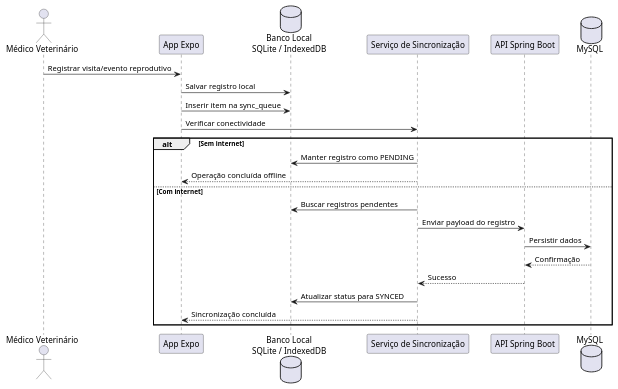
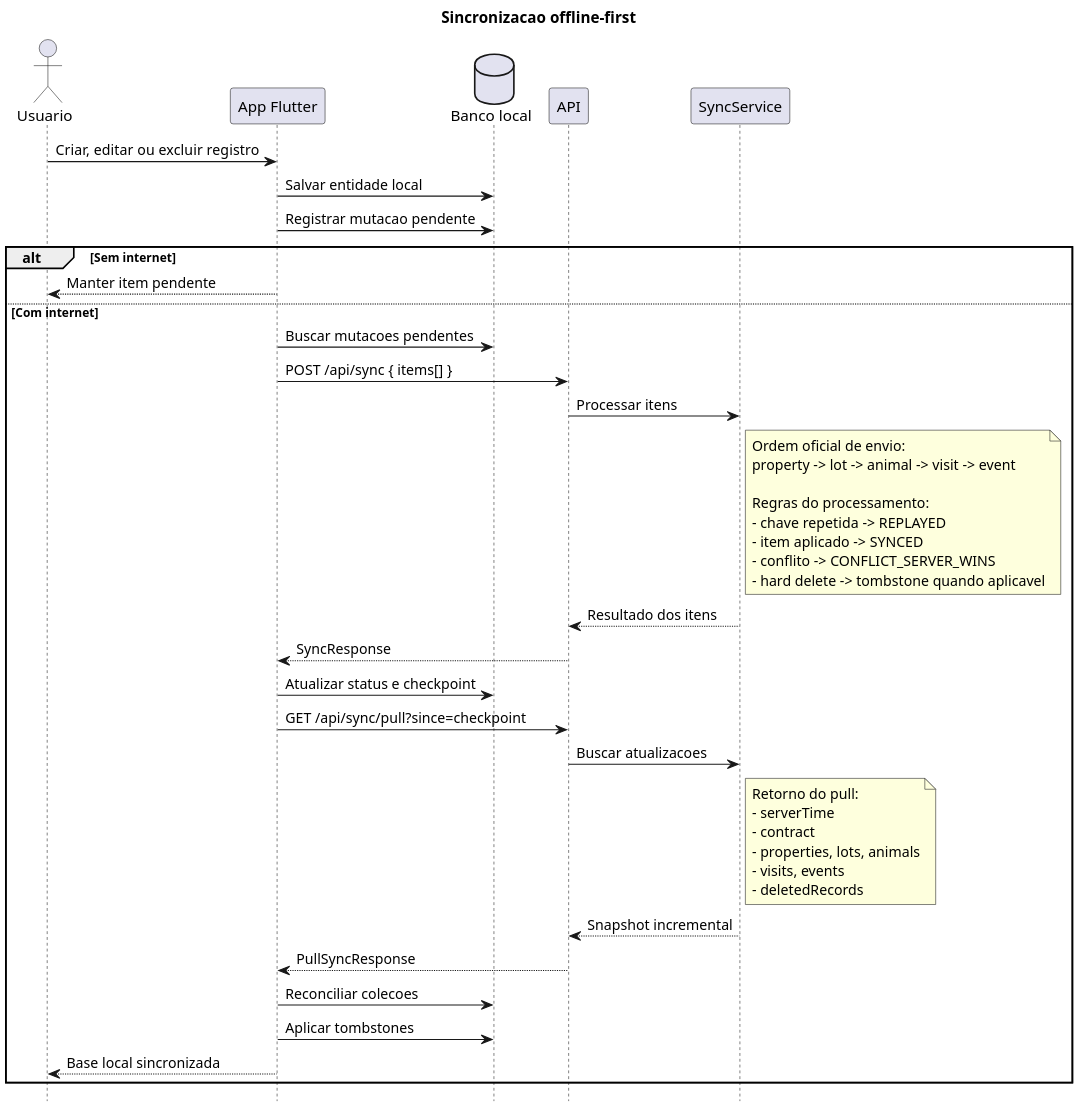
Before and after one commit to Nathalynas/cysvet_app: the diagram in sequencia-sync-offline.puml, drawn with PlantUML. The commit also changed 6 other files, not shown here.

```diff
--- a/sequencia-sync-offline.puml
+++ b/sequencia-sync-offline.puml
@@ -1,27 +1,58 @@
 @startuml
-actor "Médico Veterinário" as Vet
-participant "App Expo" as App
-database "Banco Local\nSQLite / IndexedDB" as LocalDB
-participant "Serviço de Sincronização" as Sync
-participant "API Spring Boot" as API
-database "MySQL" as MySQL
+title Sincronizacao offline-first
+skinparam dpi 180
+skinparam shadowing false
+hide footbox
 
-Vet -> App : Registrar visita/evento reprodutivo
-App -> LocalDB : Salvar registro local
-App -> LocalDB : Inserir item na sync_queue
+actor "Usuario" as User
+participant "App Flutter" as App
+database "Banco local" as LocalDB
+participant "API" as API
+participant "SyncService" as Sync
 
-App -> Sync : Verificar conectividade
+User -> App : Criar, editar ou excluir registro
+App -> LocalDB : Salvar entidade local
+App -> LocalDB : Registrar mutacao pendente
 
 alt Sem internet
-    Sync -> LocalDB : Manter registro como PENDING
-    Sync --> App : Operação concluída offline
+  App --> User : Manter item pendente
 else Com internet
-    Sync -> LocalDB : Buscar registros pendentes
-    Sync -> API : Enviar payload do registro
-    API -> MySQL : Persistir dados
-    MySQL --> API : Confirmação
-    API --> Sync : Sucesso
-    Sync -> LocalDB : Atualizar status para SYNCED
-    Sync --> App : Sincronização concluída
+  App -> LocalDB : Buscar mutacoes pendentes
+  App -> API : POST /api/sync { items[] }
+  API -> Sync : Processar itens
+
+  note right of Sync
+  Ordem oficial de envio:
+  property -> lot -> animal -> visit -> event
+
+  Regras do processamento:
+  - chave repetida -> REPLAYED
+  - item aplicado -> SYNCED
+  - conflito -> CONFLICT_SERVER_WINS
+  - hard delete -> tombstone quando aplicavel
+  end note
+
+  Sync --> API : Resultado dos itens
+  API --> App : SyncResponse
+  App -> LocalDB : Atualizar status e checkpoint
+
+  App -> API : GET /api/sync/pull?since=checkpoint
+  API -> Sync : Buscar atualizacoes
+
+  note right of Sync
+  Retorno do pull:
+  - serverTime
+  - contract
+  - properties, lots, animals
+  - visits, events
+  - deletedRecords
+  end note
+
+  Sync --> API : Snapshot incremental
+  API --> App : PullSyncResponse
+  App -> LocalDB : Reconciliar colecoes
+  App -> LocalDB : Aplicar tombstones
+  App --> User : Base local sincronizada
 end
+
 @enduml
```
